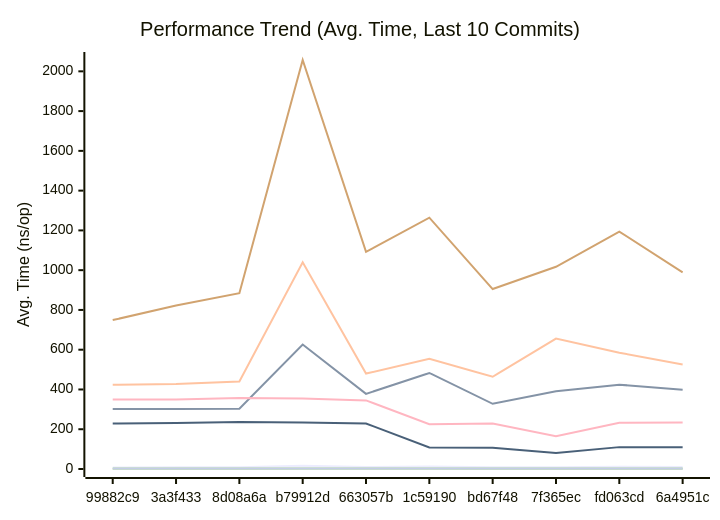
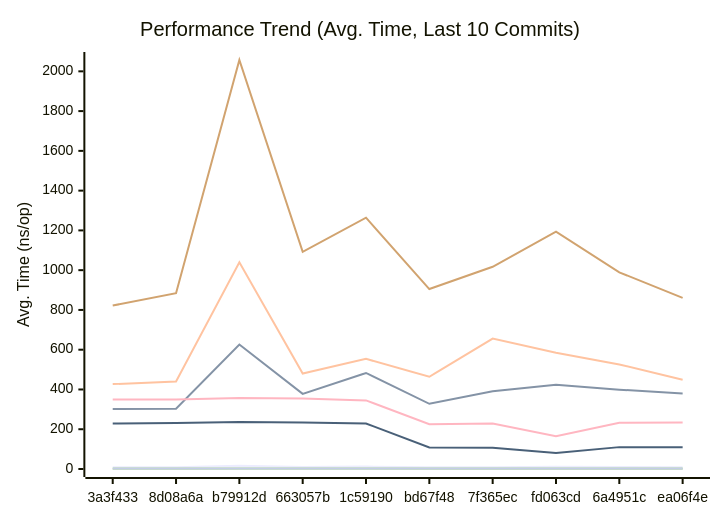
The first of 3 diagrams in docs/PERFORMANCE.md (alsotoes/momo), drawn with Mermaid before and after one commit. The commit also changed other lines of this file and 4 other files, not shown here.

````diff
--- a/docs/PERFORMANCE.md
+++ b/docs/PERFORMANCE.md
@@ -80,16 +80,16 @@
 ```mermaid
 xychart-beta
     title "Performance Trend (Avg. Time, Last 10 Commits)"
     x-axis "Commit"
     y-axis "Avg. Time (ns/op)"
-    x-axis [99882c9,3a3f433,8d08a6a,b79912d,663057b,1c59190,bd67f48,7f365ec,fd063cd,6a4951c]
-    line "CheckMetricsAndSwap" [7,9,9,16,10,12,9,9,11,10]
-    line "CrushOptimized" [302,302,303,626,378,483,328,391,424,399]
-    line "CrushOriginal" [424,427,440,1040,480,554,464,656,585,526]
-    line "IndexDirectTracking" [0,0,0,1,1,1,0,0,0,0]
-    line "IndexSearch" [3,2,2,3,2,2,2,2,2,2]
-    line "LoadGlobalConfig" [749,822,884,2057,1092,1264,905,1017,1194,989]
-    line "PadString" [2,2,2,3,3,3,2,3,3,2]
+    x-axis [3a3f433,8d08a6a,b79912d,663057b,1c59190,bd67f48,7f365ec,fd063cd,6a4951c,ea06f4e]
+    line "CheckMetricsAndSwap" [9,9,16,10,12,9,9,11,10,9]
+    line "CrushOptimized" [302,303,626,378,483,328,391,424,399,380]
+    line "CrushOriginal" [427,440,1040,480,554,464,656,585,526,449]
+    line "IndexDirectTracking" [0,0,1,1,1,0,0,0,0,0]
+    line "IndexSearch" [2,2,3,2,2,2,2,2,2,2]
+    line "LoadGlobalConfig" [822,884,2057,1092,1264,905,1017,1194,989,861]
+    line "PadString" [2,2,3,3,3,2,3,3,2,2]
     line "ParseReplicationOrder_NoPrealloc" [350,349,357,354,345,225,229,165,232,234]
     line "ParseReplicationOrder_Prealloc" [229,231,237,234,229,108,107,80,110,109]
 ```
````
